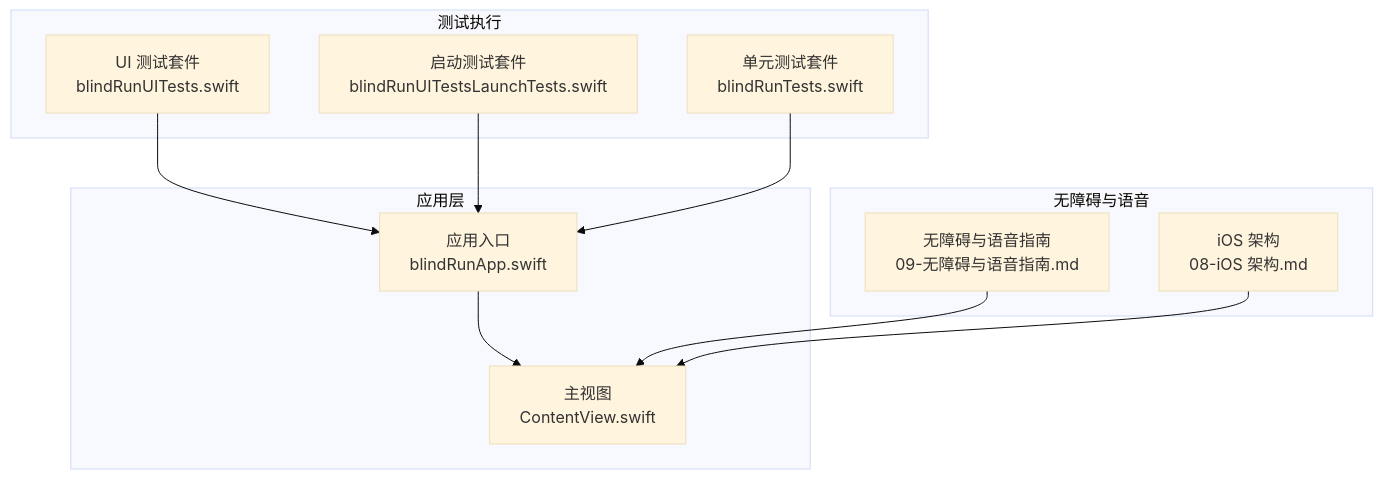
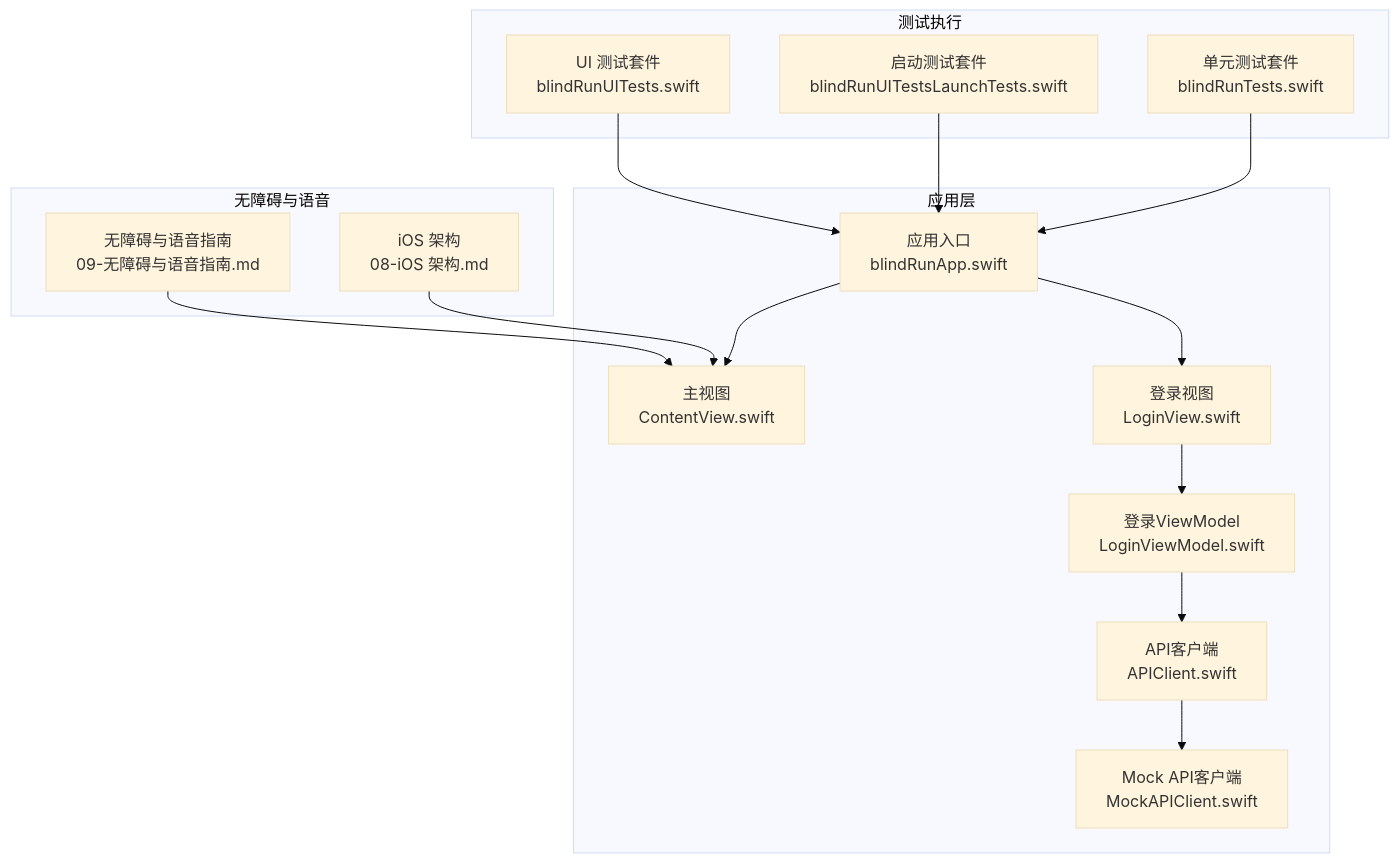
Before and after one commit to Jayden23018/blind-run-ios: the second of 5 diagrams in .qoder/repowiki/zh/content/测试策略/UI 自动化测试.md, drawn with Mermaid (base theme). The commit also changed other lines of this file and 15 other files, not shown here.

Commit message:
Align confirm-start order API contract across app and backend

````diff
--- a/.qoder/repowiki/zh/content/测试策略/UI 自动化测试.md
+++ b/.qoder/repowiki/zh/content/测试策略/UI 自动化测试.md
@@ -86,22 +89,30 @@
 ```mermaid
 graph TB
 subgraph "测试执行"
 UT["UI 测试套件<br/>blindRunUITests.swift"]
 LT["启动测试套件<br/>blindRunUITestsLaunchTests.swift"]
 CT["单元测试套件<br/>blindRunTests.swift"]
 end
 subgraph "应用层"
 APP["应用入口<br/>blindRunApp.swift"]
 VIEW["主视图<br/>ContentView.swift"]
+LOGIN["登录视图<br/>LoginView.swift"]
+VM["登录ViewModel<br/>LoginViewModel.swift"]
+API["API客户端<br/>APIClient.swift"]
+MOCK["Mock API客户端<br/>MockAPIClient.swift"]
 end
 subgraph "无障碍与语音"
 ACC["无障碍与语音指南<br/>09-无障碍与语音指南.md"]
 ARCH["iOS 架构<br/>08-iOS 架构.md"]
 end
 UT --> APP
 LT --> APP
 CT --> APP
 APP --> VIEW
+APP --> LOGIN
+LOGIN --> VM
+VM --> API
+API --> MOCK
 ACC --> VIEW
 ARCH --> VIEW
 ```
````
